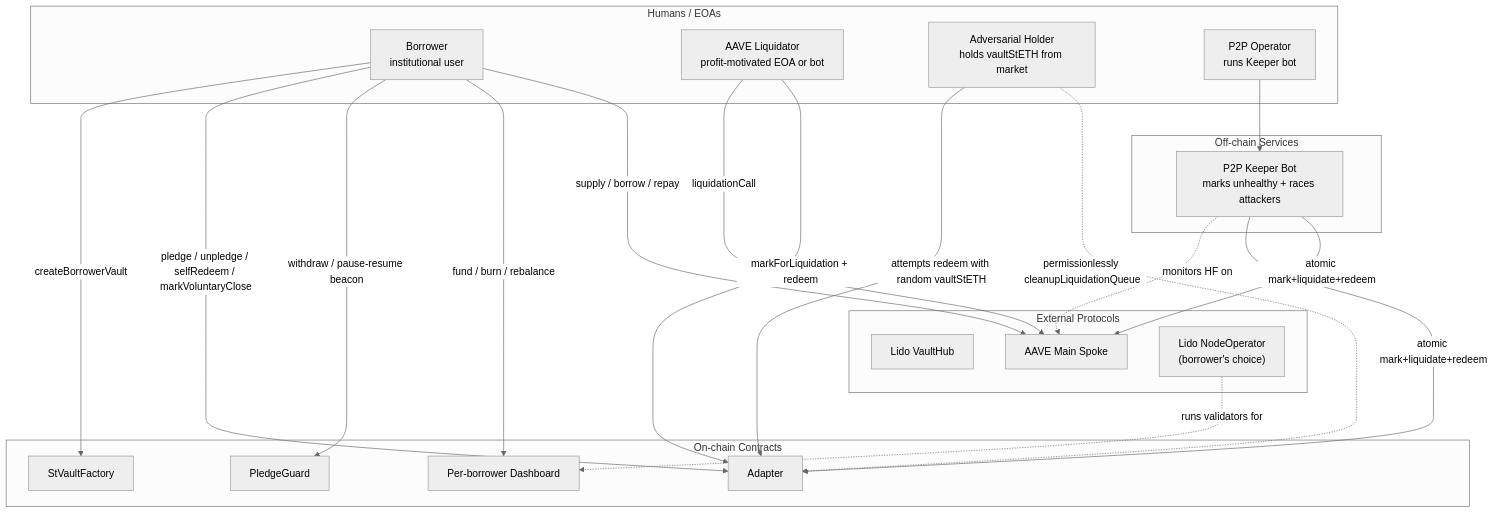
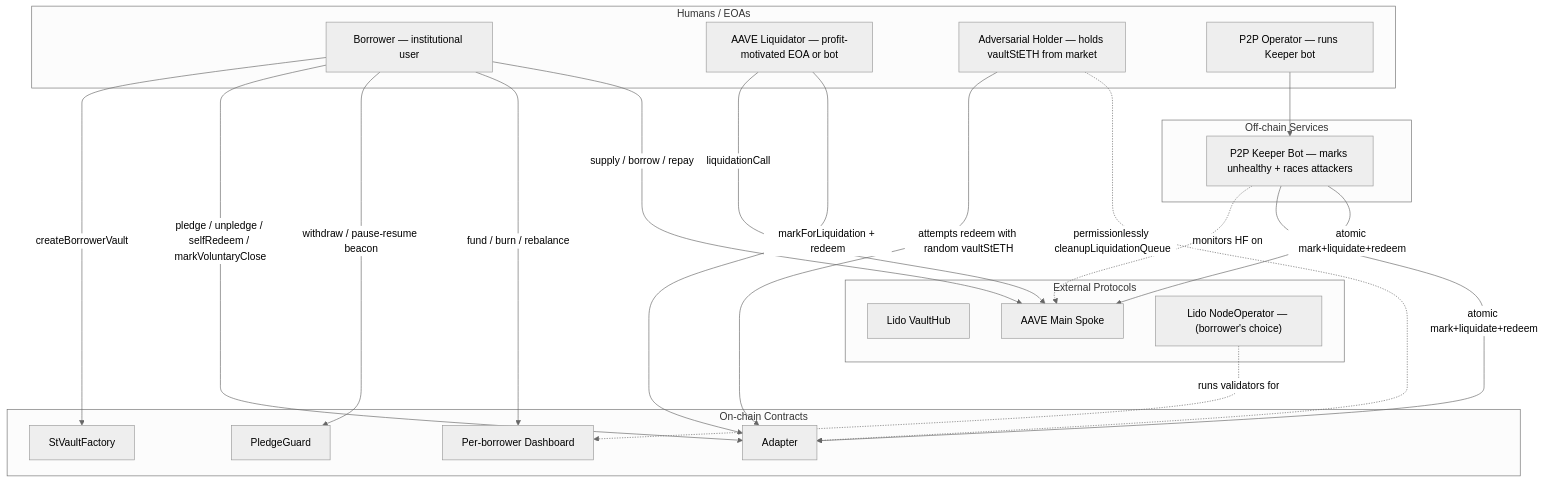
Before and after one commit to sanbir/vault-steth-adapter: the tenth of 24 diagrams in docs/Architecture.md, drawn with Mermaid (neutral theme). The commit also changed other lines of this file and 1 other file, not shown here.

First line of the commit message:
docs: fix Mermaid <br/> rendering errors in Architecture.md and Liquidation-guarantees.md

````diff
--- a/docs/Architecture.md
+++ b/docs/Architecture.md
@@ -342,45 +342,45 @@
 ```mermaid
 flowchart TB
     subgraph Humans["Humans / EOAs"]
-        Borrower["Borrower<br/>institutional user"]
-        Liquidator["AAVE Liquidator<br/>profit-motivated EOA or bot"]
-        Attacker["Adversarial Holder<br/>holds vaultStETH from market"]
-        Operator["P2P Operator<br/>runs Keeper bot"]
+        Borrower["Borrower — institutional user"]
+        Liquidator["AAVE Liquidator — profit-motivated EOA or bot"]
+        Attacker["Adversarial Holder — holds vaultStETH from market"]
+        Operator["P2P Operator — runs Keeper bot"]
     end
 
     subgraph Services["Off-chain Services"]
-        KeeperBot["P2P Keeper Bot<br/>marks unhealthy + races attackers"]
+        KeeperBot["P2P Keeper Bot — marks unhealthy + races attackers"]
     end
 
     subgraph Onchain["On-chain Contracts"]
         Borrower2Contract["StVaultFactory"]
         Adapter
         PledgeGuard
         Dashboard["Per-borrower Dashboard"]
     end
 
     subgraph Protocols["External Protocols"]
         LidoVaultHub["Lido VaultHub"]
         AAVESpoke["AAVE Main Spoke"]
-        NodeOp["Lido NodeOperator<br/>(borrower's choice)"]
+        NodeOp["Lido NodeOperator — (borrower's choice)"]
     end
 
     Borrower -->|createBorrowerVault| Borrower2Contract
     Borrower -->|pledge / unpledge / selfRedeem / markVoluntaryClose| Adapter
     Borrower -->|withdraw / pause-resume beacon| PledgeGuard
     Borrower -->|fund / burn / rebalance| Dashboard
     Borrower -->|supply / borrow / repay| AAVESpoke
 
     Liquidator -->|liquidationCall| AAVESpoke
     Liquidator -->|markForLiquidation + redeem| Adapter
 
     Attacker -->|attempts redeem with random vaultStETH| Adapter
     Attacker -.permissionlessly cleanupLiquidationQueue.-> Adapter
 
     Operator --> KeeperBot
     KeeperBot -.monitors HF on.-> AAVESpoke
     KeeperBot -->|atomic mark+liquidate+redeem| Adapter
     KeeperBot -->|atomic mark+liquidate+redeem| AAVESpoke
 
     NodeOp -.runs validators for.-> Dashboard
 ```
````
